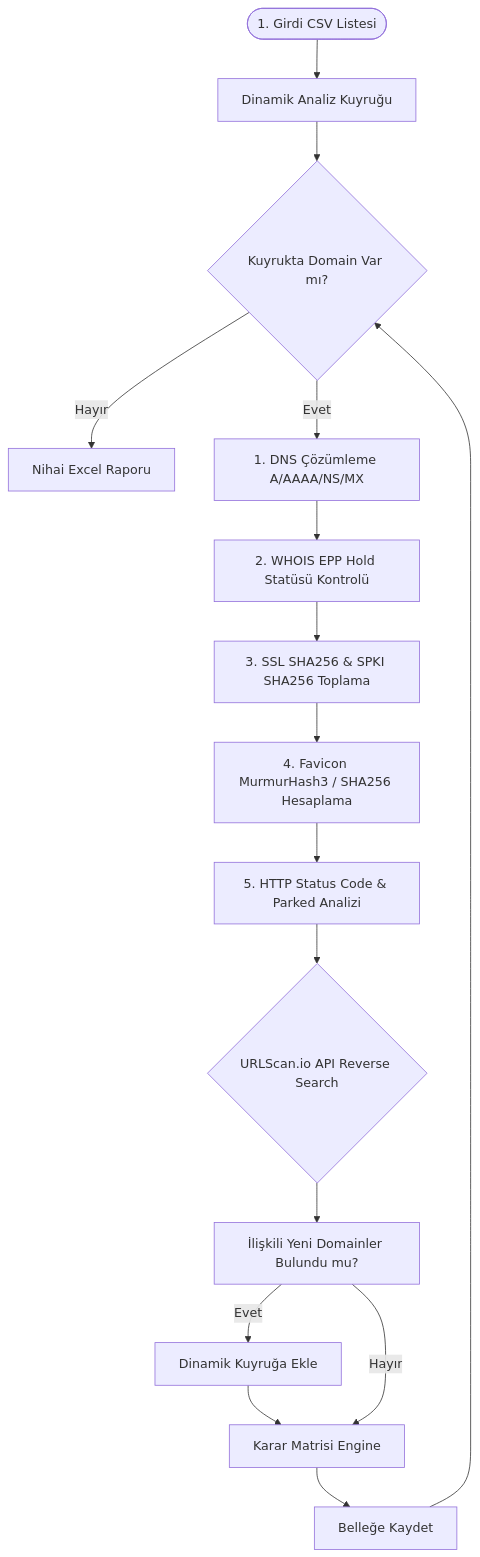
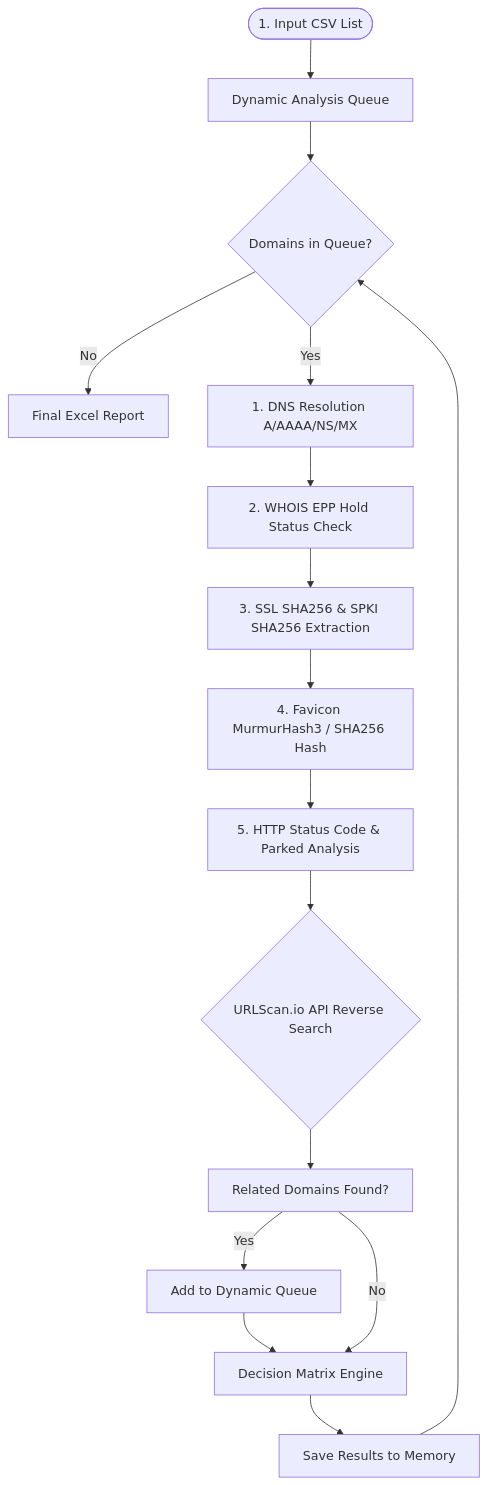
Before and after one commit to isa-murat/domain_is_active: the diagram in README.md, drawn with Mermaid. The commit also changed other lines of this file, not shown here.

````diff
--- a/README.md
+++ b/README.md
@@ -29,21 +28,21 @@
 ```mermaid
 graph TD
-    Start([1. Girdi CSV Listesi]) --> Queue[Dinamik Analiz Kuyruğu]
-    Queue --> Pop{Kuyrukta Domain Var mı?}
-    Pop -- Hayır --> Excel[Nihai Excel Raporu]
+    Start([1. Input CSV List]) --> Queue[Dynamic Analysis Queue]
+    Queue --> Pop{Domains in Queue?}
+    Pop -- No --> Excel[Final Excel Report]
     
-    Pop -- Evet --> DNS[1. DNS Çözümleme A/AAAA/NS/MX]
-    DNS --> WHOIS[2. WHOIS EPP Hold Statüsü Kontrolü]
-    WHOIS --> SSL[3. SSL SHA256 & SPKI SHA256 Toplama]
-    SSL --> Favicon[4. Favicon MurmurHash3 / SHA256 Hesaplama]
-    Favicon --> HTTP[5. HTTP Status Code & Parked Analizi]
+    Pop -- Yes --> DNS[1. DNS Resolution A/AAAA/NS/MX]
+    DNS --> WHOIS[2. WHOIS EPP Hold Status Check]
+    WHOIS --> SSL[3. SSL SHA256 & SPKI SHA256 Extraction]
+    SSL --> Favicon[4. Favicon MurmurHash3 / SHA256 Hash]
+    Favicon --> HTTP[5. HTTP Status Code & Parked Analysis]
     
     HTTP --> Hunter{URLScan.io API Reverse Search}
-    Hunter --> Related[İlişkili Yeni Domainler Bulundu mu?]
-    Related -- Evet --> AddQueue[Dinamik Kuyruğa Ekle]
-    AddQueue --> DecisionEngine[Karar Matrisi Engine]
-    Related -- Hayır --> DecisionEngine
+    Hunter --> Related[Related Domains Found?]
+    Related -- Yes --> AddQueue[Add to Dynamic Queue]
+    AddQueue --> DecisionEngine[Decision Matrix Engine]
+    Related -- No --> DecisionEngine
     
-    DecisionEngine --> Save[Belleğe Kaydet]
+    DecisionEngine --> Save[Save Results to Memory]
     Save --> Pop
 ```
````
